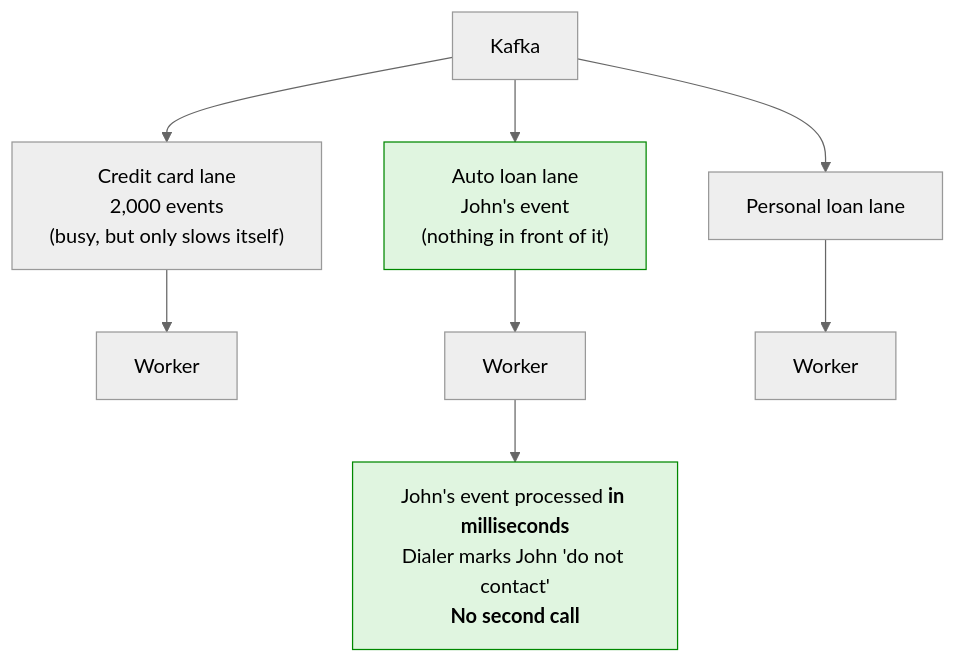
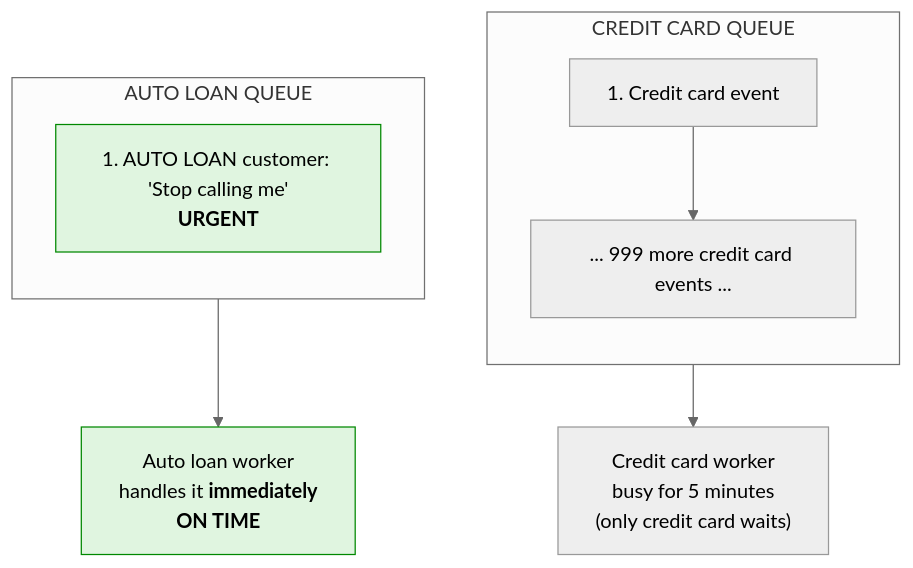
The fourth of 5 diagrams in docs/problem-statement.md (eresh-thekbr/multi-tenant-streaming), drawn with Mermaid (neutral theme) before and after one commit. The commit also changed other lines of this file, not shown here.

````diff
--- a/docs/problem-statement.md
+++ b/docs/problem-statement.md
@@ -125,13 +150,15 @@
 ```mermaid
 flowchart TB
-    K["Kafka"] --> CCL & ALL & PLL
-    CCL["Credit card lane<br/>2,000 events<br/>(busy, but only slows itself)"]
-    ALL["Auto loan lane<br/>John's event<br/>(nothing in front of it)"]
-    PLL["Personal loan lane"]
-    CCL --> W1["Worker"]
-    ALL --> W2["Worker"]
-    PLL --> W3["Worker"]
-    W2 --> OK["John's event processed <b>in milliseconds</b><br/>Dialer marks John 'do not contact'<br/><b>No second call</b>"]
-    style ALL fill:#e0f5e0,stroke:#080,color:#000
-    style OK fill:#e0f5e0,stroke:#080,color:#000
+    subgraph A["CREDIT CARD QUEUE"]
+        direction TB
+        a1["1. Credit card event"] --> a2["... 999 more credit card events ..."]
+    end
+    subgraph B["AUTO LOAN QUEUE"]
+        direction TB
+        b1["1. AUTO LOAN customer: 'Stop calling me'<br/><b>URGENT</b>"]
+    end
+    a2 --> AW["Credit card worker<br/>busy for 5 minutes<br/>(only credit card waits)"]
+    b1 --> BW["Auto loan worker<br/>handles it <b>immediately</b><br/><b>ON TIME</b>"]
+    style b1 fill:#e0f5e0,stroke:#080,color:#000
+    style BW fill:#e0f5e0,stroke:#080,color:#000
 ```
````
